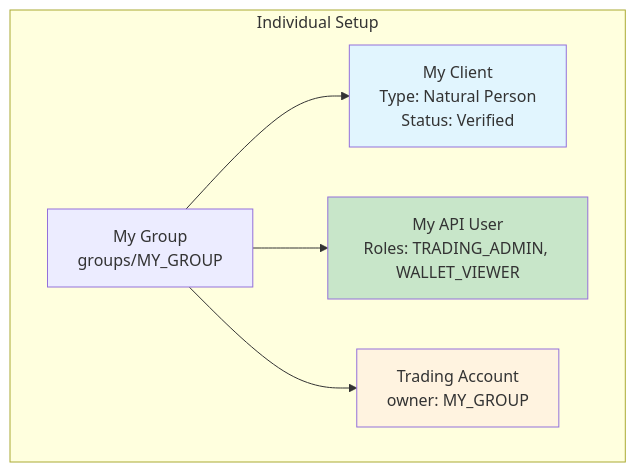
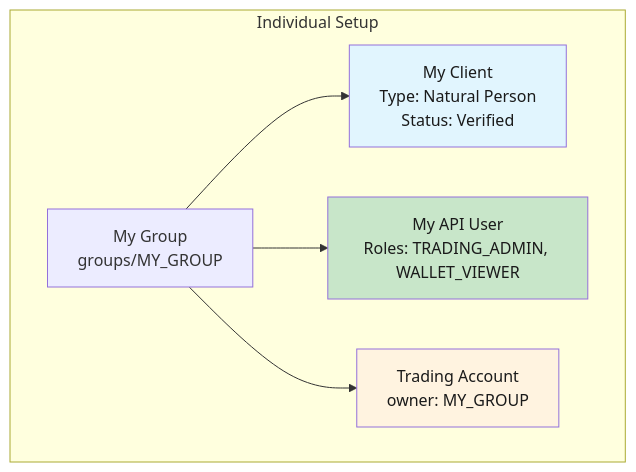
The second of 3 diagrams in docs/docs/access-control/index.mdx (meshtrade/api), drawn with Mermaid before and after one commit. The commit also changed other lines of this file and 7 other files, not shown here.

````diff
--- a/docs/docs/access-control/index.mdx
+++ b/docs/docs/access-control/index.mdx
@@ -197,17 +197,17 @@
 ```mermaid
 graph TD
     subgraph "Individual Setup"
         Group["My Group<br/>groups/MY_GROUP"]
         Client["My Client<br/>Type: Natural Person<br/>Status: Verified"]
         APIUser["My API User<br/>Roles: TRADING_ADMIN, WALLET_VIEWER"]
         Account["Trading Account<br/>owner: MY_GROUP"]
 
         Group --> Client
         Group --> APIUser
         Group --> Account
     end
 
-    style Client fill:#e1f5fe
-    style APIUser fill:#c8e6c9
-    style Account fill:#fff3e0
+    style Client fill:#e1f5fe,color:#1a1a1a
+    style APIUser fill:#c8e6c9,color:#1a1a1a
+    style Account fill:#fff3e0,color:#1a1a1a
 ```
````
